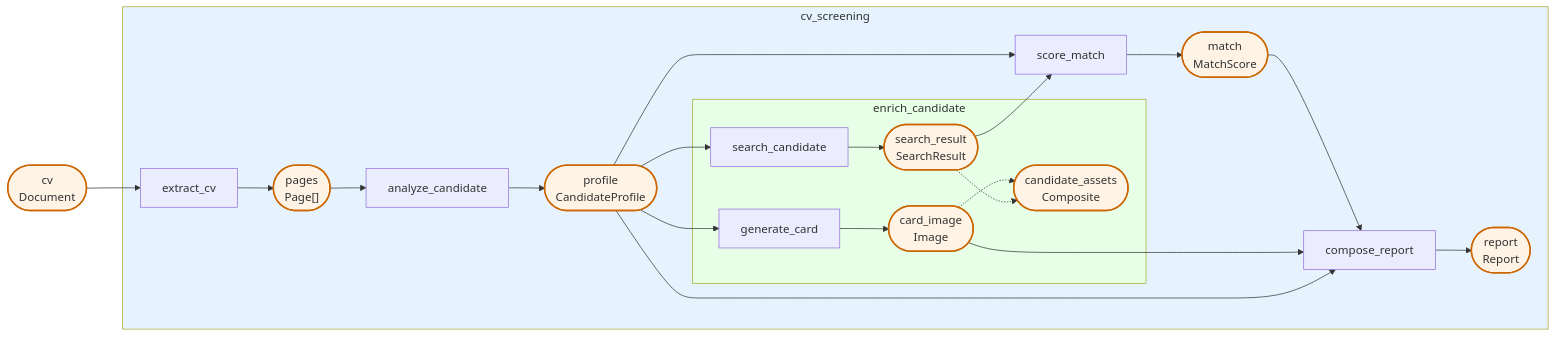
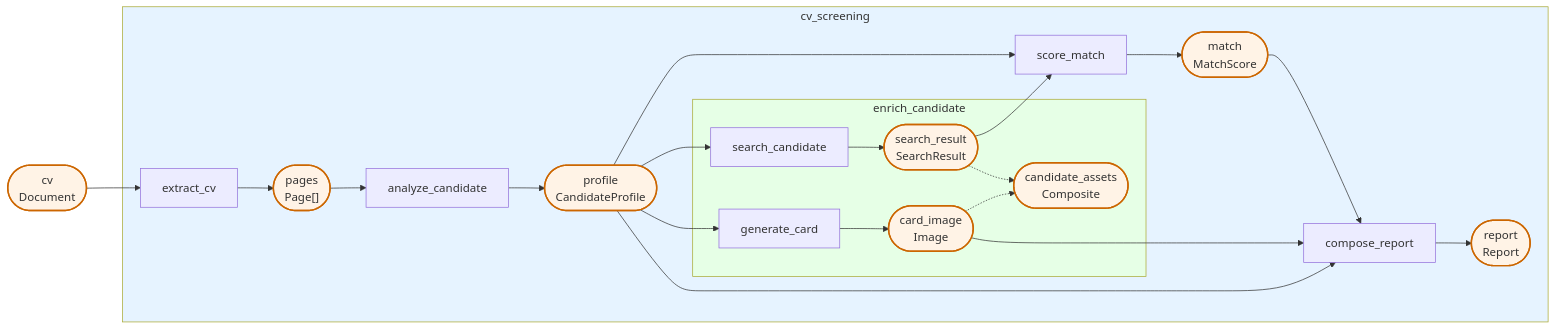
One commit to Pipelex/mthds-ui changed the diagram in data/pipelines/pipeline_09/dry_run_mermaidflow.mmd. Above: the diagram before and after it, drawn with Mermaid. The commit also changed 59 other files, not shown here.

```diff
--- a/data/pipelines/pipeline_09/dry_run_mermaidflow.mmd
+++ b/data/pipelines/pipeline_09/dry_run_mermaidflow.mmd
@@ -1,53 +1,53 @@
 flowchart LR
 
     %% Pipe and stuff nodes within controller subgraphs
-    subgraph sg_n_7e6d491d07["cv_screening"]
-        subgraph sg_n_5d8492f664["enrich_candidate"]
-            n_18008ef58b["generate_card"]
-            s_87323ab93b(["card_image<br/>Image"]):::stuff
-            n_95cacb818c["search_candidate"]
-            s_8e6b311c2b(["search_result<br/>SearchResult"]):::stuff
-            s_2211afd460(["candidate_assets<br/>Composite"]):::stuff
+    subgraph sg_n_24697be970["cv_screening"]
+        subgraph sg_n_76e817852c["enrich_candidate"]
+            n_54ca80a1fe["generate_card"]
+            s_d0f821a528(["card_image<br/>Image"]):::stuff
+            n_023e7a5877["search_candidate"]
+            s_1c1360737c(["search_result<br/>SearchResult"]):::stuff
+            s_354aa6d139(["candidate_assets<br/>Composite"]):::stuff
         end
-        n_684e557e2e["analyze_candidate"]
-        s_c1f167de39(["profile<br/>CandidateProfile"]):::stuff
-        n_4550cf88f1["compose_report"]
-        s_2f145bed20(["report<br/>Report"]):::stuff
-        n_ab3bc60a25["extract_cv"]
-        s_5b4b50ff7b(["pages<br/>Page#91;#93;"]):::stuff
-        n_a726a5bb2a["score_match"]
-        s_2d20a5cc40(["match<br/>MatchScore"]):::stuff
+        n_17f5d57d25["analyze_candidate"]
+        s_bb168cf62f(["profile<br/>CandidateProfile"]):::stuff
+        n_c22bd4a470["compose_report"]
+        s_fa40b0b518(["report<br/>Report"]):::stuff
+        n_29029d6731["extract_cv"]
+        s_35ea6227a5(["pages<br/>Page#91;#93;"]):::stuff
+        n_444d745fc1["score_match"]
+        s_1ee629699a(["match<br/>MatchScore"]):::stuff
     end
 
     %% Pipeline input stuff nodes (no producer)
-    s_dd86f82695(["cv<br/>Document"]):::stuff
+    s_5495aa8da4(["cv<br/>Document"]):::stuff
 
     %% Data flow edges: producer -> stuff -> consumer
-    n_ab3bc60a25 --> s_5b4b50ff7b
-    n_684e557e2e --> s_c1f167de39
-    n_18008ef58b --> s_87323ab93b
-    n_a726a5bb2a --> s_2d20a5cc40
-    n_95cacb818c --> s_8e6b311c2b
-    n_4550cf88f1 --> s_2f145bed20
-    s_5b4b50ff7b --> n_684e557e2e
-    s_c1f167de39 --> n_95cacb818c
-    s_c1f167de39 --> n_18008ef58b
-    s_c1f167de39 --> n_a726a5bb2a
-    s_c1f167de39 --> n_4550cf88f1
-    s_87323ab93b --> n_4550cf88f1
-    s_2d20a5cc40 --> n_4550cf88f1
-    s_dd86f82695 --> n_ab3bc60a25
-    s_8e6b311c2b --> n_a726a5bb2a
+    n_023e7a5877 --> s_1c1360737c
+    n_444d745fc1 --> s_1ee629699a
+    n_54ca80a1fe --> s_d0f821a528
+    n_29029d6731 --> s_35ea6227a5
+    n_17f5d57d25 --> s_bb168cf62f
+    n_c22bd4a470 --> s_fa40b0b518
+    s_1c1360737c --> n_444d745fc1
+    s_1ee629699a --> n_c22bd4a470
+    s_d0f821a528 --> n_c22bd4a470
+    s_35ea6227a5 --> n_17f5d57d25
+    s_bb168cf62f --> n_023e7a5877
+    s_bb168cf62f --> n_54ca80a1fe
+    s_bb168cf62f --> n_444d745fc1
+    s_bb168cf62f --> n_c22bd4a470
+    s_5495aa8da4 --> n_29029d6731
 
     %% Parallel combine edges: branch outputs → combined output
-    s_8e6b311c2b -.-> s_2211afd460
-    s_87323ab93b -.-> s_2211afd460
+    s_1c1360737c -.-> s_354aa6d139
+    s_d0f821a528 -.-> s_354aa6d139
 
     %% Style definitions
     classDef failed fill:#ffcccc,stroke:#cc0000
     classDef stuff fill:#fff3e6,stroke:#cc6600,stroke-width:2px
     classDef controller fill:#e6f3ff,stroke:#0066cc
 
     %% Subgraph depth-based coloring
-    style sg_n_5d8492f664 fill:#e6ffe6
-    style sg_n_7e6d491d07 fill:#e6f3ff
+    style sg_n_24697be970 fill:#e6f3ff
+    style sg_n_76e817852c fill:#e6ffe6
```
